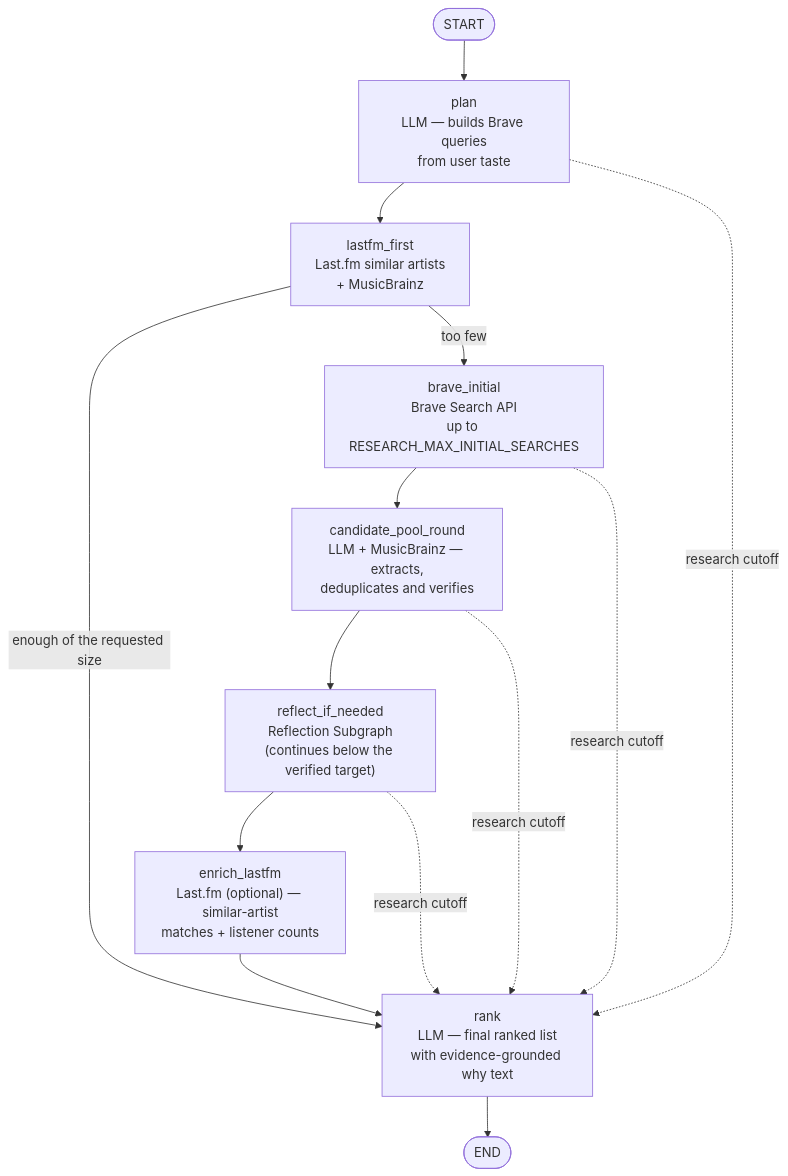
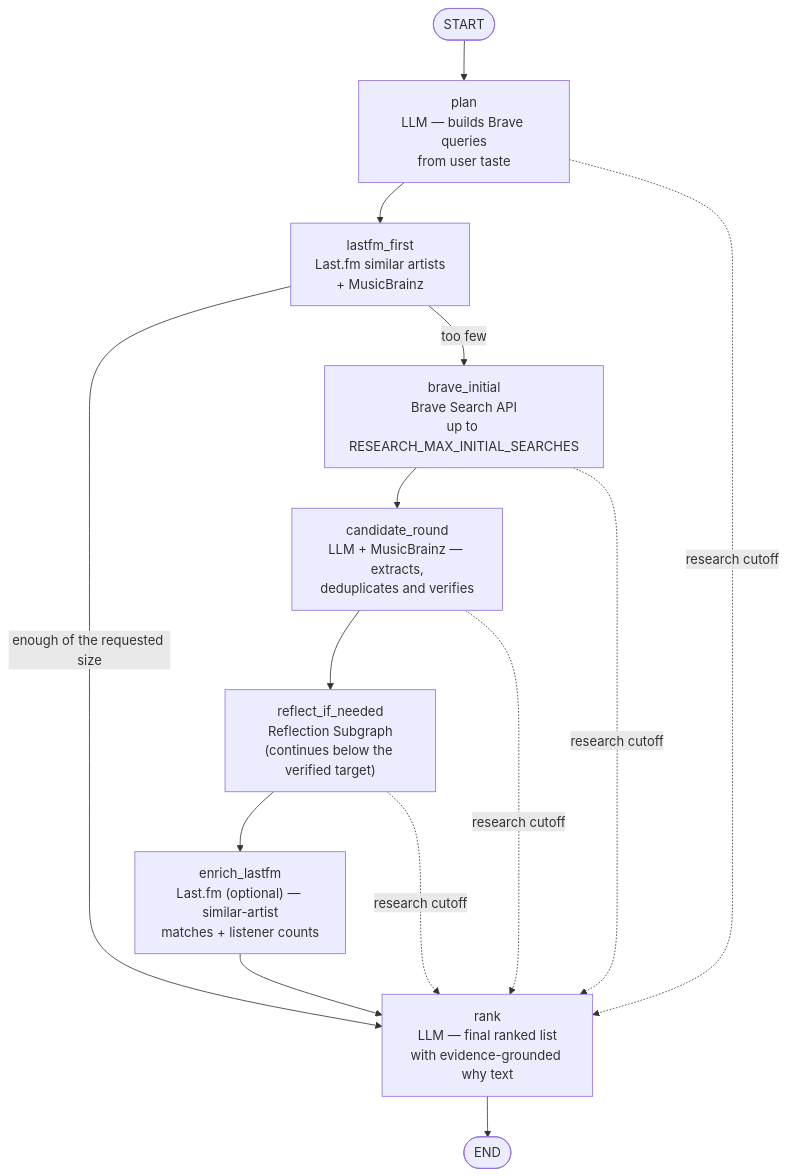
Before and after one commit to eikrad/bandsearch-app: the third of 6 diagrams in docs/architecture/ARCHITECTURE.md, drawn with Mermaid. The commit also changed other lines of this file and 7 other files, not shown here.

````diff
--- a/docs/architecture/ARCHITECTURE.md
+++ b/docs/architecture/ARCHITECTURE.md
@@ -195,16 +206,16 @@
 ```mermaid
 flowchart TD
     START(["START"]) --> plan["plan\nLLM — builds Brave queries\nfrom user taste"]
     plan --> lastfm_first["lastfm_first\nLast.fm similar artists\n+ MusicBrainz"]
     lastfm_first -->|"enough of the requested size"| rank
     lastfm_first -->|"too few"| brave_initial["brave_initial\nBrave Search API\nup to RESEARCH_MAX_INITIAL_SEARCHES"]
-    brave_initial --> candidate_round["candidate_pool_round\nLLM + MusicBrainz — extracts,\ndeduplicates and verifies"]
+    brave_initial --> candidate_round["candidate_round\nLLM + MusicBrainz — extracts,\ndeduplicates and verifies"]
     candidate_round --> reflect_if_needed["reflect_if_needed\nReflection Subgraph\n(continues below the verified target)"]
     reflect_if_needed --> enrich_lastfm["enrich_lastfm\nLast.fm (optional) — similar-artist\nmatches + listener counts"]
     enrich_lastfm --> rank["rank\nLLM — final ranked list\nwith evidence-grounded why text"]
     rank --> END(["END"])
     plan -. research cutoff .-> rank
     brave_initial -. research cutoff .-> rank
     candidate_round -. research cutoff .-> rank
     reflect_if_needed -. research cutoff .-> rank
 ```
````
